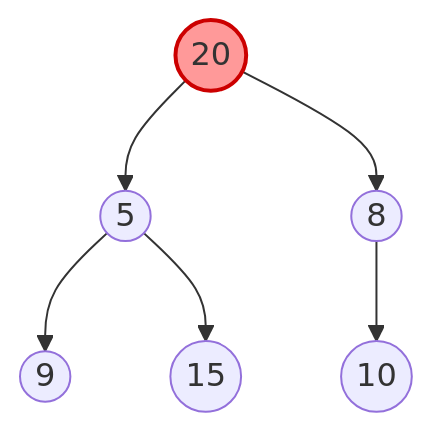
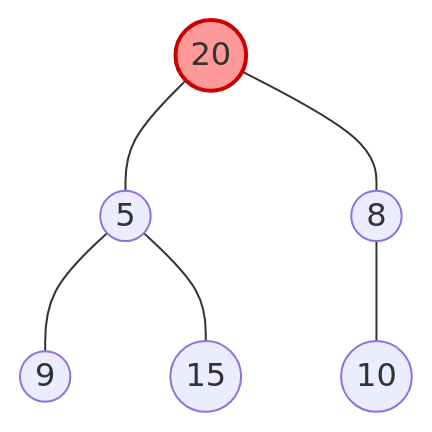
One commit to ruslylove/datastruct changed the ninth of 17 diagrams in lectures/lect-11-Heap.md. Above: the diagram before and after it, drawn with Mermaid. The commit also changed other lines of this file, not shown here.

Commit message:
update diagram and bottom-up heap theorem.

````diff
--- a/lectures/lect-11-Heap.md
+++ b/lectures/lect-11-Heap.md
@@ -324,9 +324,9 @@
 ```mermaid {scale: 0.8}
 graph TD
-    A((20)) --> B((5))
-    A --> C((8))
-    B --> D((9))
-    B --> E((15))
-    C --> F((10))
+    A((20)) --- B((5))
+    A --- C((8))
+    B --- D((9))
+    B --- E((15))
+    C --- F((10))
     style A fill:#f99,stroke:#c00,stroke-width:2px
 ```
````
